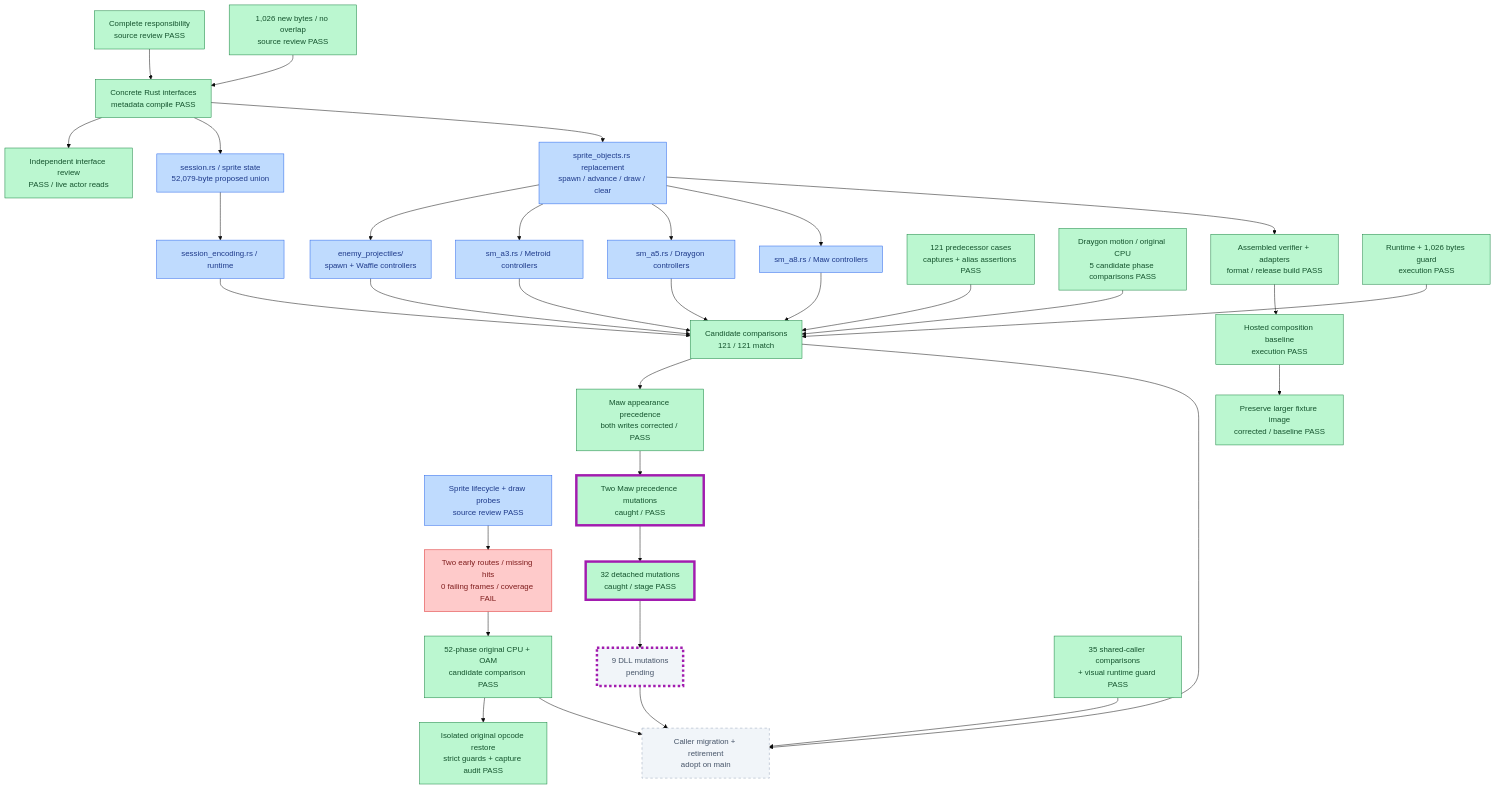
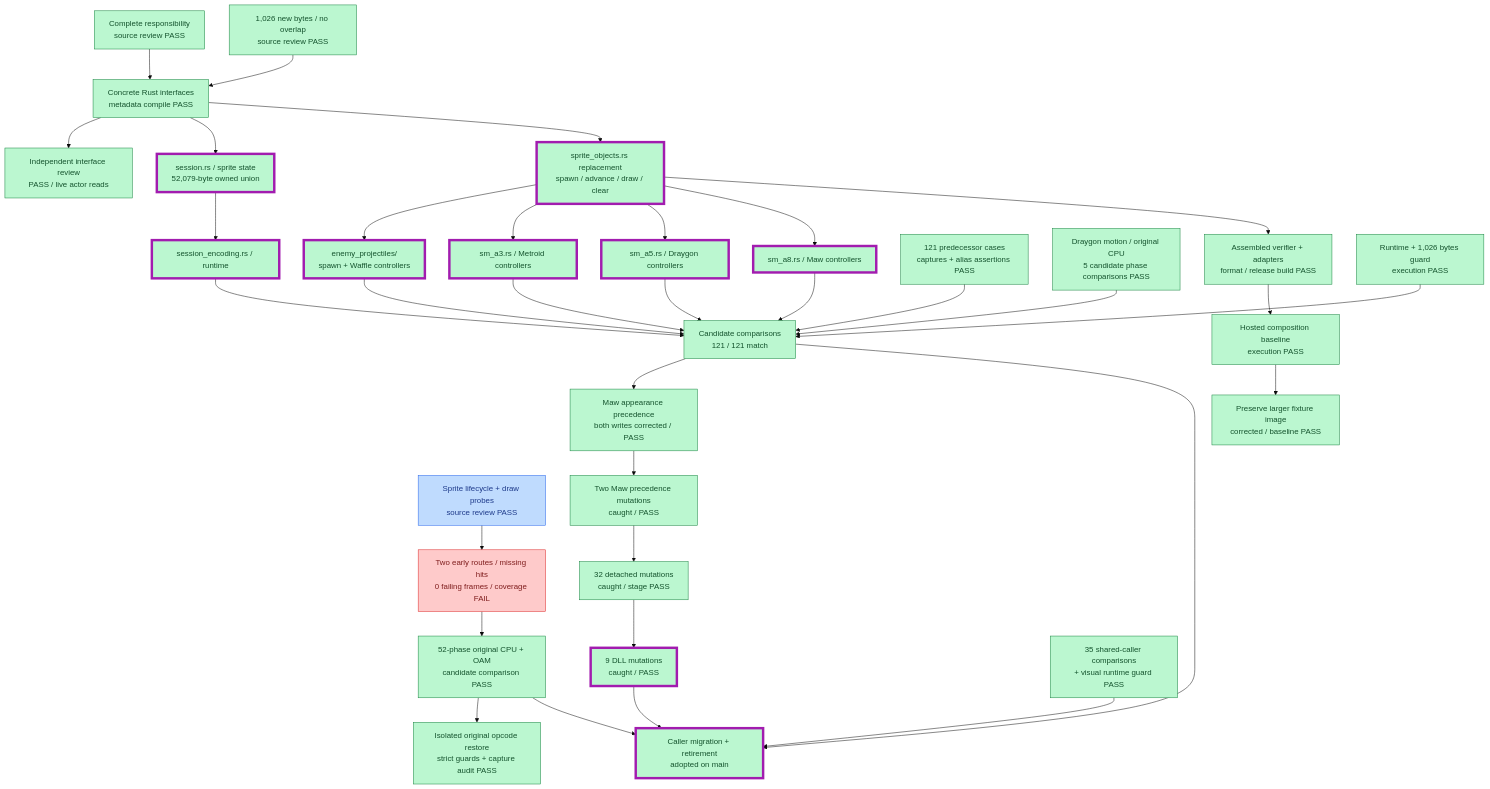
One commit to JimLundin/sm-decomp changed the second of 17 diagrams in PROGRESS.md. Above: the diagram before and after it, drawn with Mermaid (base theme). The commit also changed other lines of this file and 63 other files, not shown here.

First line of the commit message:
Adopt shared sprite pool and controllers; 156 comparisons and 41 mutations pass

````diff
--- a/PROGRESS.md
+++ b/PROGRESS.md
@@ -26,43 +26,43 @@
 ```mermaid
 flowchart TB
     CONTRACT["Complete responsibility<br/>source review PASS"]:::done
     UNION["1,026 new bytes / no overlap<br/>source review PASS"]:::done
     CONTRACT --> DECL["Concrete Rust interfaces<br/>metadata compile PASS"]:::done
     UNION --> DECL
     DECL --> REVIEW["Independent interface review<br/>PASS / live actor reads"]:::done
-    DECL --> OWNER["session.rs / sprite state<br/>52,079-byte proposed union"]:::checked
-    OWNER --> CODEC["session_encoding.rs / runtime"]:::checked
-    DECL --> POOL["sprite_objects.rs replacement<br/>spawn / advance / draw / clear"]:::checked
-    POOL --> WAFFLE["enemy_projectiles/<br/>spawn + Waffle controllers"]:::checked
-    POOL --> METROID["sm_a3.rs / Metroid controllers"]:::checked
-    POOL --> DRAYGON["sm_a5.rs / Draygon controllers"]:::checked
-    POOL --> MAW["sm_a8.rs / Maw controllers"]:::checked
+    DECL --> OWNER["session.rs / sprite state<br/>52,079-byte owned union"]:::done
+    OWNER --> CODEC["session_encoding.rs / runtime"]:::done
+    DECL --> POOL["sprite_objects.rs replacement<br/>spawn / advance / draw / clear"]:::done
+    POOL --> WAFFLE["enemy_projectiles/<br/>spawn + Waffle controllers"]:::done
+    POOL --> METROID["sm_a3.rs / Metroid controllers"]:::done
+    POOL --> DRAYGON["sm_a5.rs / Draygon controllers"]:::done
+    POOL --> MAW["sm_a8.rs / Maw controllers"]:::done
     BASE["121 predecessor cases<br/>captures + alias assertions PASS"]:::done --> VERIFY["Candidate comparisons<br/>121 / 121 match"]:::done
     VERIFY --> MAWFIX["Maw appearance precedence<br/>both writes corrected / PASS"]:::done
     CPU["Draygon motion / original CPU<br/>5 candidate phase comparisons PASS"]:::done --> VERIFY
     PROBE["Sprite lifecycle + draw probes<br/>source review PASS"]:::checked --> EARLY["Two early routes / missing hits<br/>0 failing frames / coverage FAIL"]:::failed
     EARLY --> MOVIE["52-phase original CPU + OAM<br/>candidate comparison PASS"]:::done
     MOVIE --> HOOKFIX["Isolated original opcode restore<br/>strict guards + capture audit PASS"]:::done
     POOL --> BUILD["Assembled verifier + adapters<br/>format / release build PASS"]:::done
     BUILD --> HOST["Hosted composition baseline<br/>execution PASS"]:::done
     HOST --> HOSTFIX["Preserve larger fixture image<br/>corrected / baseline PASS"]:::done
     GUARD["Runtime + 1,026 bytes guard<br/>execution PASS"]:::done --> VERIFY
-    MUT["32 detached mutations<br/>caught / stage PASS"]:::done --> KILLS["9 DLL mutations<br/>pending"]:::pending
+    MUT["32 detached mutations<br/>caught / stage PASS"]:::done --> KILLS["9 DLL mutations<br/>caught / PASS"]:::done
     MAWFIX --> MAWMUT["Two Maw precedence mutations<br/>caught / PASS"]:::done --> MUT
     SHARED["35 shared-caller comparisons<br/>+ visual runtime guard PASS"]:::done --> ADOPT
     CODEC --> VERIFY
     WAFFLE --> VERIFY
     METROID --> VERIFY
     DRAYGON --> VERIFY
     MAW --> VERIFY
-    VERIFY --> ADOPT["Caller migration + retirement<br/>adopt on main"]:::pending
+    VERIFY --> ADOPT["Caller migration + retirement<br/>adopted on main"]:::done
     MOVIE --> ADOPT
     KILLS --> ADOPT
-    class MUT,MAWMUT,KILLS changed
+    class OWNER,CODEC,POOL,WAFFLE,METROID,DRAYGON,MAW,KILLS,ADOPT changed
     classDef checked fill:#bfdbfe,stroke:#2563eb,color:#1e3a8a
     classDef failed fill:#fecaca,stroke:#dc2626,color:#7f1d1d
     classDef done fill:#bbf7d0,stroke:#15803d,color:#14532d
     classDef active fill:#fed7aa,stroke:#ea580c,color:#7c2d12
     classDef pending fill:#f1f5f9,stroke:#94a3b8,color:#475569,stroke-dasharray:5 5
     classDef changed stroke:#a21caf,stroke-width:5px
 ```
````
